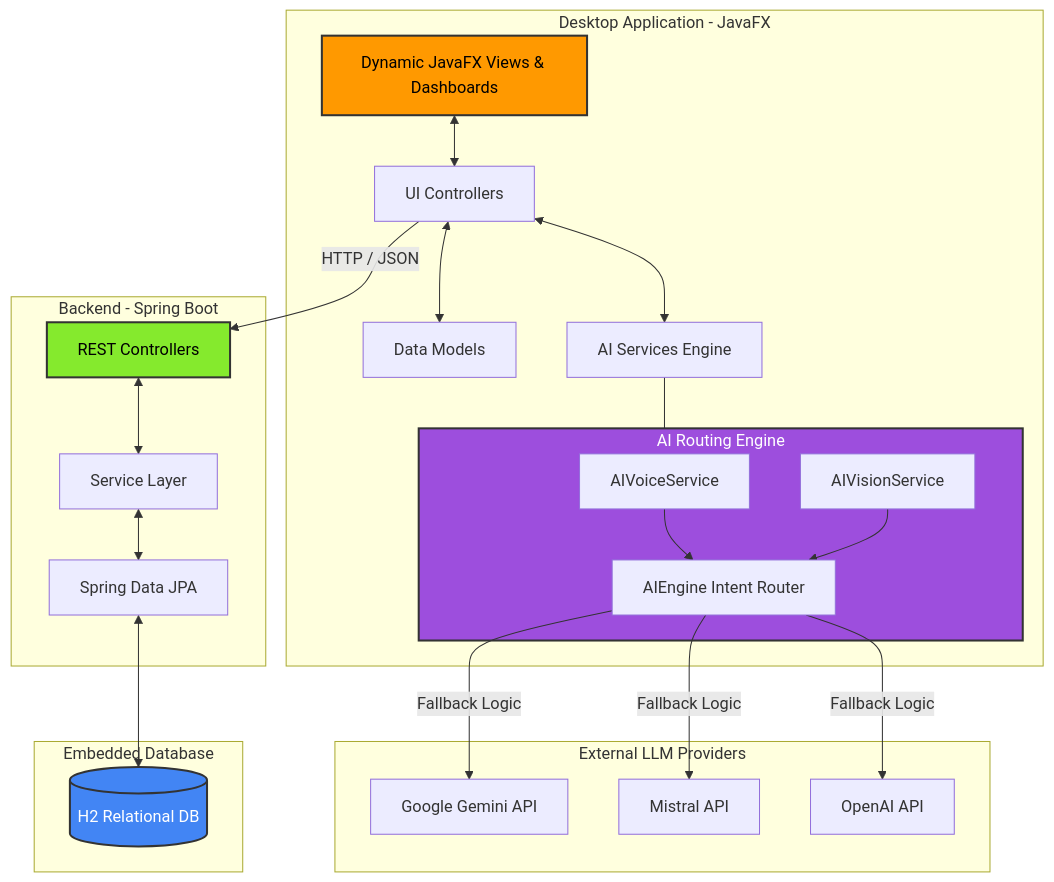
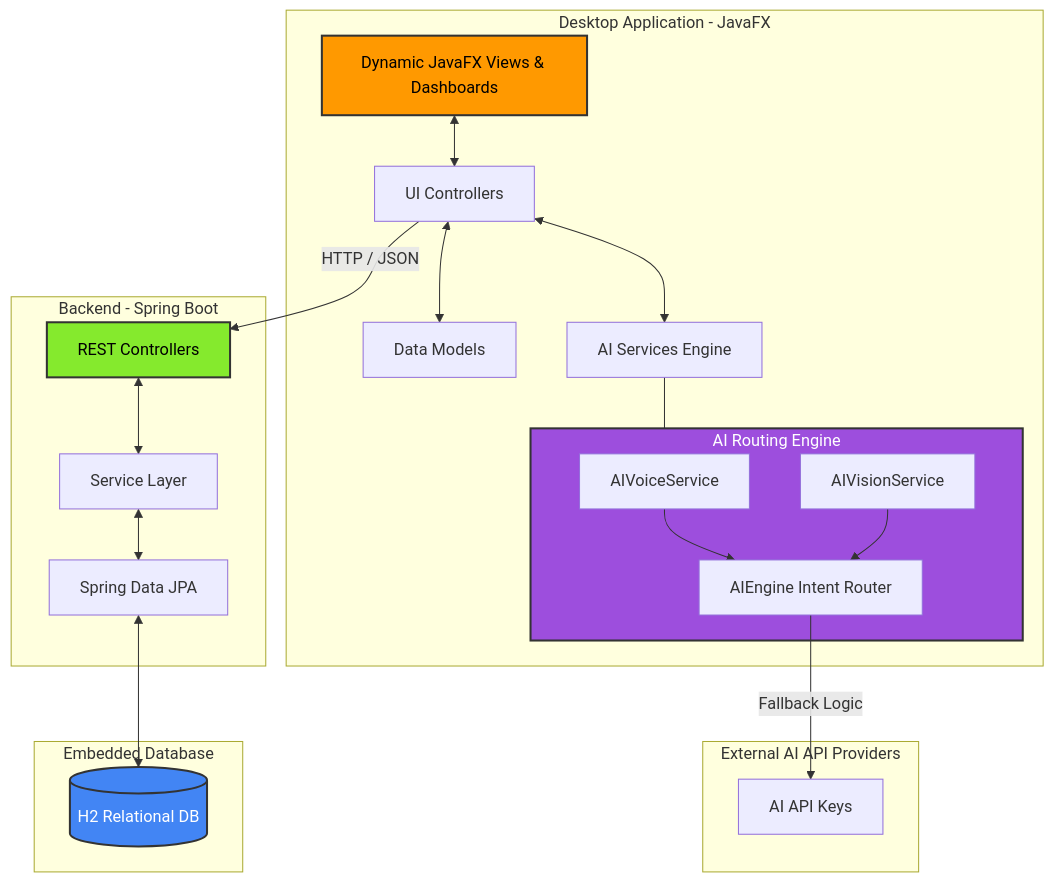
One commit to yuvanvishnupandi/finvora-desktop changed the diagram in README.md. Above: the diagram before and after it, drawn with Mermaid. The commit also changed other lines of this file, not shown here.

Commit message:
docs: simplify README features and API references

````diff
--- a/README.md
+++ b/README.md
@@ -26,58 +24,54 @@
 ```mermaid
 graph TD
     %% Client Side
     subgraph Client [Desktop Application - JavaFX]
         UI[Dynamic JavaFX Views & Dashboards]
         Controllers[UI Controllers]
         Models[Data Models]
         Services[AI Services Engine]
         
         UI <--> Controllers
         Controllers <--> Models
         Controllers <--> Services
         
         %% Internal Client Services
         subgraph AI [AI Routing Engine]
             Voice[AIVoiceService]
             Vision[AIVisionService]
             Router[AIEngine Intent Router]
             Voice & Vision --> Router
         end
         Services --- AI
     end
 
     %% External APIs
-    subgraph External [External LLM Providers]
-        Gemini[Google Gemini API]
-        Mistral[Mistral API]
-        OpenAI[OpenAI API]
+    subgraph External [External AI API Providers]
+        APIKey[AI API Keys]
     end
 
     %% Server Side
     subgraph Server [Backend - Spring Boot]
         REST[REST Controllers]
         Logic[Service Layer]
         Data[Spring Data JPA]
         
         REST <--> Logic
         Logic <--> Data
     end
 
     %% Database
     subgraph DB [Embedded Database]
         H2[(H2 Relational DB)]
     end
 
     %% Connections
-    Router -- Fallback Logic --> Gemini
-    Router -- Fallback Logic --> Mistral
-    Router -- Fallback Logic --> OpenAI
+    Router -- Fallback Logic --> APIKey
     
     Controllers -- HTTP / JSON --> REST
     Data <--> H2
     
     style UI fill:#ff9900,stroke:#333,stroke-width:2px,color:#000
     style REST fill:#85ea2d,stroke:#333,stroke-width:2px,color:#000
     style H2 fill:#4285F4,stroke:#333,stroke-width:2px,color:#fff
     style AI fill:#9d4edd,stroke:#333,stroke-width:2px,color:#fff
 ```
````
